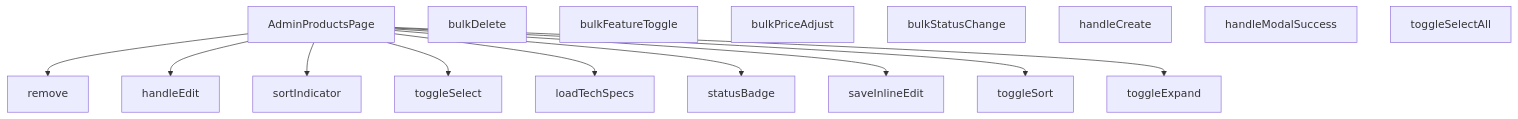
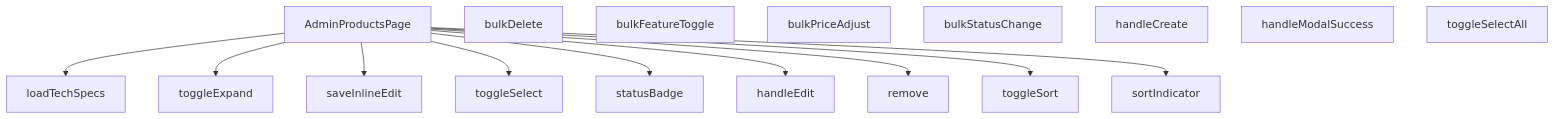
Before and after one commit to peckop/venthub-hvac-esite: the diagram in src/views/admin/AdminProductsPage.md, drawn with Mermaid. The commit also changed other lines of this file and 488 other files, not shown here.

````diff
--- a/src/views/admin/AdminProductsPage.md
+++ b/src/views/admin/AdminProductsPage.md
@@ -487,29 +487,29 @@
 ```mermaid
 graph TD
     AdminProductsPage_tsx__AdminProductsPage["AdminProductsPage"]
     AdminProductsPage_tsx__bulkDelete["bulkDelete"]
     AdminProductsPage_tsx__bulkFeatureToggle["bulkFeatureToggle"]
     AdminProductsPage_tsx__bulkPriceAdjust["bulkPriceAdjust"]
     AdminProductsPage_tsx__bulkStatusChange["bulkStatusChange"]
     AdminProductsPage_tsx__handleCreate["handleCreate"]
     AdminProductsPage_tsx__handleEdit["handleEdit"]
     AdminProductsPage_tsx__handleModalSuccess["handleModalSuccess"]
     AdminProductsPage_tsx__loadTechSpecs["loadTechSpecs"]
     AdminProductsPage_tsx__remove["remove"]
     AdminProductsPage_tsx__saveInlineEdit["saveInlineEdit"]
     AdminProductsPage_tsx__sortIndicator["sortIndicator"]
     AdminProductsPage_tsx__statusBadge["statusBadge"]
     AdminProductsPage_tsx__toggleExpand["toggleExpand"]
     AdminProductsPage_tsx__toggleSelect["toggleSelect"]
     AdminProductsPage_tsx__toggleSelectAll["toggleSelectAll"]
     AdminProductsPage_tsx__toggleSort["toggleSort"]
+    AdminProductsPage_tsx__AdminProductsPage --> AdminProductsPage_tsx__loadTechSpecs
+    AdminProductsPage_tsx__AdminProductsPage --> AdminProductsPage_tsx__toggleExpand
+    AdminProductsPage_tsx__AdminProductsPage --> AdminProductsPage_tsx__saveInlineEdit
+    AdminProductsPage_tsx__AdminProductsPage --> AdminProductsPage_tsx__toggleSelect
+    AdminProductsPage_tsx__AdminProductsPage --> AdminProductsPage_tsx__statusBadge
+    AdminProductsPage_tsx__AdminProductsPage --> AdminProductsPage_tsx__handleEdit
     AdminProductsPage_tsx__AdminProductsPage --> AdminProductsPage_tsx__remove
-    AdminProductsPage_tsx__AdminProductsPage --> AdminProductsPage_tsx__handleEdit
+    AdminProductsPage_tsx__AdminProductsPage --> AdminProductsPage_tsx__toggleSort
     AdminProductsPage_tsx__AdminProductsPage --> AdminProductsPage_tsx__sortIndicator
-    AdminProductsPage_tsx__AdminProductsPage --> AdminProductsPage_tsx__toggleSelect
-    AdminProductsPage_tsx__AdminProductsPage --> AdminProductsPage_tsx__loadTechSpecs
-    AdminProductsPage_tsx__AdminProductsPage --> AdminProductsPage_tsx__statusBadge
-    AdminProductsPage_tsx__AdminProductsPage --> AdminProductsPage_tsx__saveInlineEdit
-    AdminProductsPage_tsx__AdminProductsPage --> AdminProductsPage_tsx__toggleSort
-    AdminProductsPage_tsx__AdminProductsPage --> AdminProductsPage_tsx__toggleExpand
 ```
````
